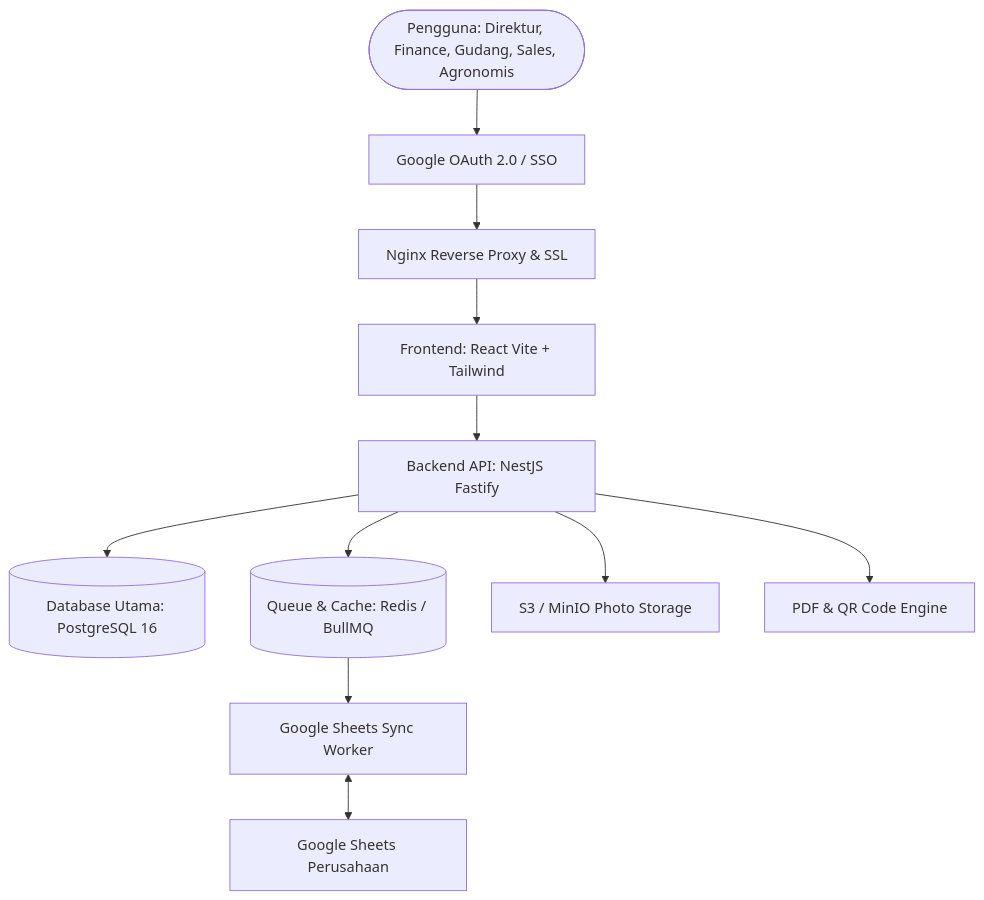
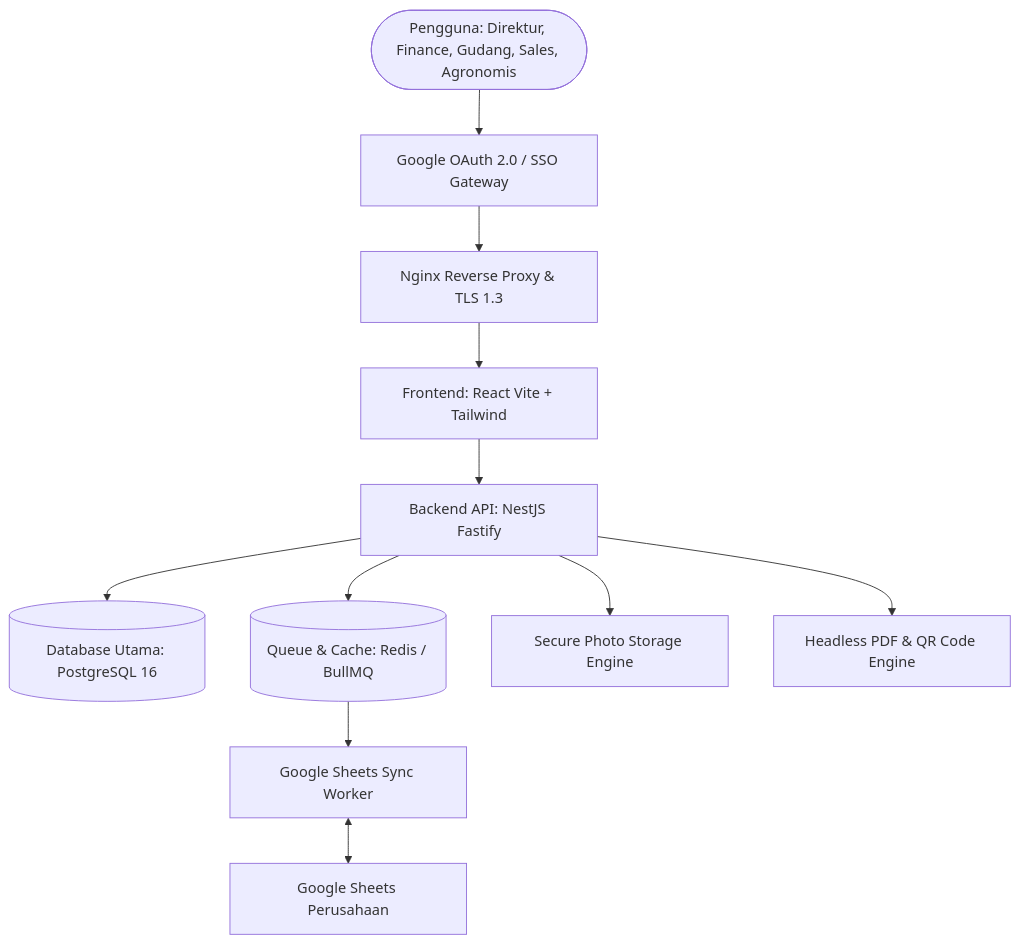
Before and after one commit to kevindcn/tridhata: the first of 3 diagrams in docs/INFRA_ARCHITECTURE.md, drawn with Mermaid. The commit also changed other lines of this file and 1 other file, not shown here.

````diff
--- a/docs/INFRA_ARCHITECTURE.md
+++ b/docs/INFRA_ARCHITECTURE.md
@@ -29,13 +32,13 @@
 ```mermaid
 graph TD
-    User([Pengguna: Direktur, Finance, Gudang, Sales, Agronomis]) --> Auth[Google OAuth 2.0 / SSO]
-    Auth --> Gateway[Nginx Reverse Proxy & SSL]
+    User([Pengguna: Direktur, Finance, Gudang, Sales, Agronomis]) --> Auth[Google OAuth 2.0 / SSO Gateway]
+    Auth --> Gateway[Nginx Reverse Proxy & TLS 1.3]
     Gateway --> WebApp[Frontend: React Vite + Tailwind]
     WebApp --> ApiServer[Backend API: NestJS Fastify]
     ApiServer --> DB[(Database Utama: PostgreSQL 16)]
     ApiServer --> Queue[(Queue & Cache: Redis / BullMQ)]
     Queue --> SheetsWorker[Google Sheets Sync Worker]
     SheetsWorker <--> GoogleSheets[Google Sheets Perusahaan]
-    ApiServer --> MediaService[S3 / MinIO Photo Storage]
-    ApiServer --> PDFService[PDF & QR Code Engine]
+    ApiServer --> MediaService[Secure Photo Storage Engine]
+    ApiServer --> PDFService[Headless PDF & QR Code Engine]
 ```
````
